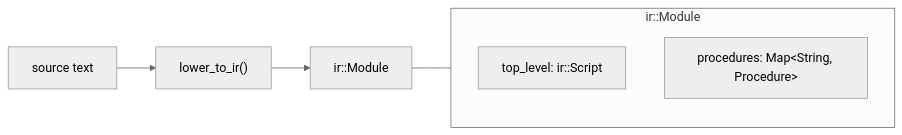
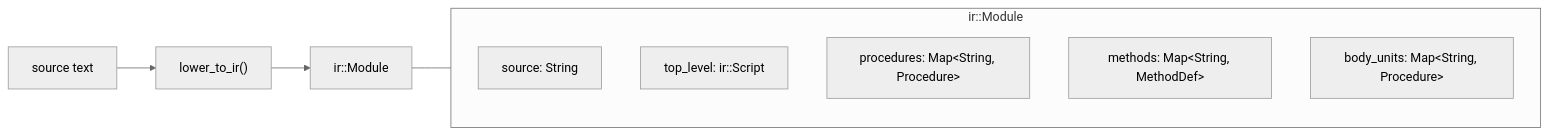
The sixth of 20 diagrams in docs/design/compiler-architecture.md (bitwisecook/tcl-lsp), drawn with Mermaid (neutral theme) before and after one commit. The commit also changed other lines of this file and 5 other files, not shown here.

````diff
--- a/docs/design/compiler-architecture.md
+++ b/docs/design/compiler-architecture.md
@@ -237,13 +248,16 @@
 ```mermaid
 flowchart LR
     SRC["source text"] --> LOW["lower_to_ir()"]
     LOW --> MOD["ir::Module"]
 
     subgraph ir::Module
         direction TB
+        SO["source: String"]
         TL["top_level: ir::Script"]
         PD["procedures: Map&lt;String, Procedure&gt;"]
+        ME["methods: Map&lt;String, MethodDef&gt;"]
+        BU["body_units: Map&lt;String, Procedure&gt;"]
     end
 
     MOD --- ir::Module
 ```
````
